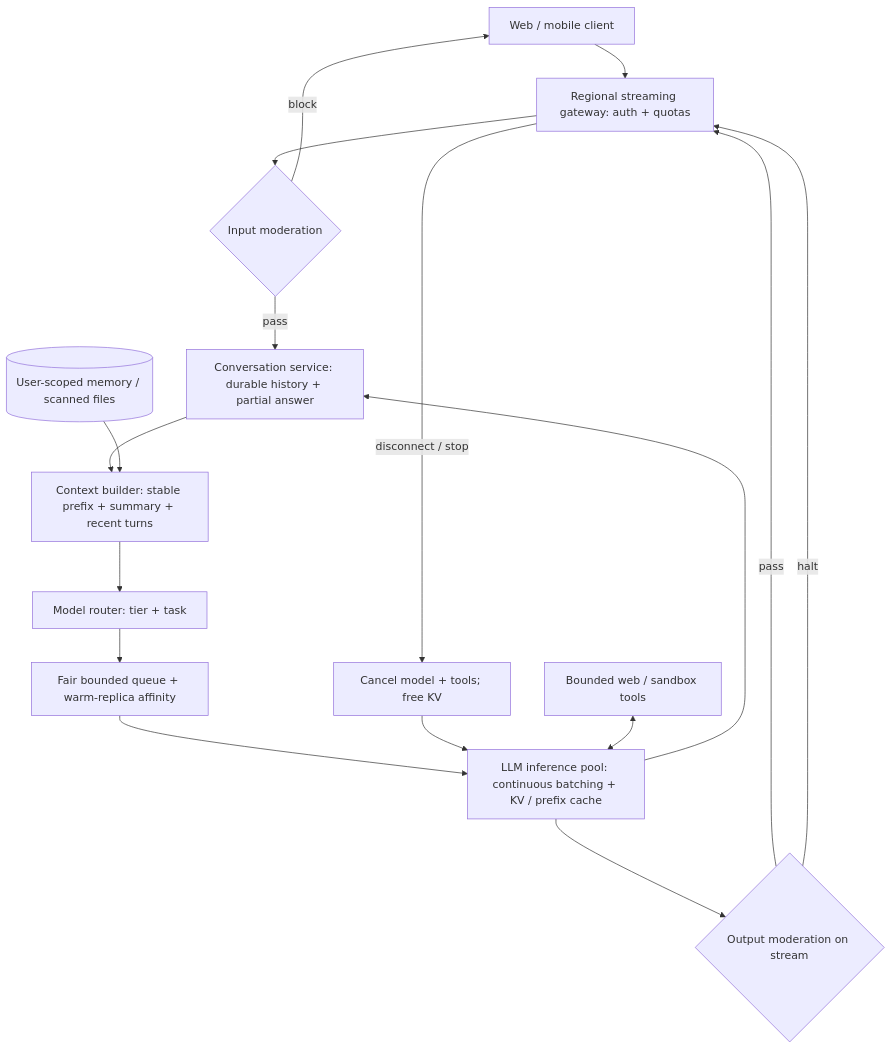
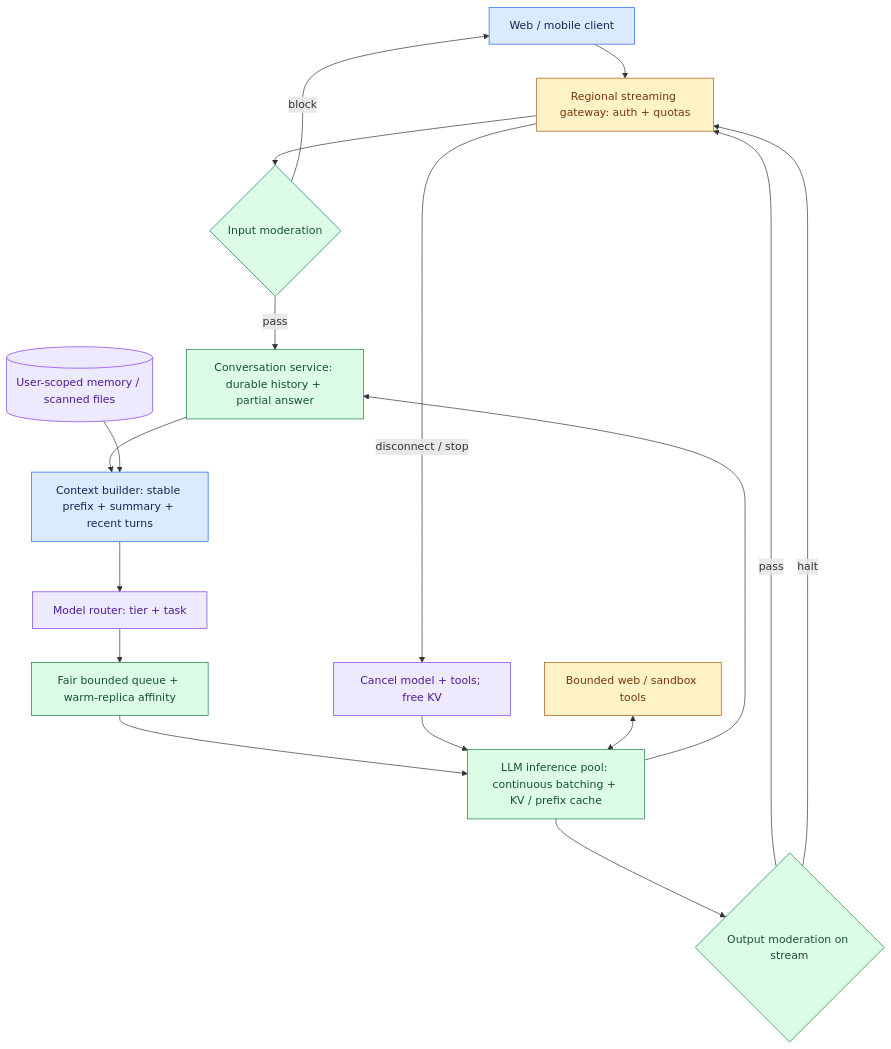
The diagram in site/content/modules/15-fde-case-studies/platforms-and-scale/consumer-scale-chat-service/main.md (Sourav692/Forward-Deployed-Engineer-Interview-Prep), drawn with Mermaid before and after one commit. The commit also changed other lines of this file and 1268 other files, not shown here.

First line of the commit message:
content: polish Casebook writing and Mermaid diagrams (#251)

````diff
--- a/site/content/modules/15-fde-case-studies/platforms-and-scale/consumer-scale-chat-service/main.md
+++ b/site/content/modules/15-fde-case-studies/platforms-and-scale/consumer-scale-chat-service/main.md
@@ -73,19 +73,29 @@
 ```mermaid
 flowchart TB
   C[Web / mobile client] --> G[Regional streaming gateway: auth + quotas]
   G --> I{Input moderation}
   I -->|block| C
   I -->|pass| S[Conversation service: durable history + partial answer]
   S --> B[Context builder: stable prefix + summary + recent turns]
   M[(User-scoped memory / scanned files)] --> B
   B --> R[Model router: tier + task]
   R --> Q[Fair bounded queue + warm-replica affinity]
   Q --> L[LLM inference pool: continuous batching + KV / prefix cache]
   L --> O{Output moderation on stream}
   O -->|pass| G
   O -->|halt| G
   L --> S
   G -->|disconnect / stop| X[Cancel model + tools; free KV]
   X --> L
   T[Bounded web / sandbox tools] <--> L
+
+    %% Casebook colours: entry, reasoning, results, controls, and stopped paths.
+    classDef cbInput fill:#dbeafe,stroke:#2563eb,color:#172554
+    class C,B cbInput
+    classDef cbPolicy fill:#fef3c7,stroke:#b45309,color:#78350f
+    class G,T cbPolicy
+    classDef cbAction fill:#dcfce7,stroke:#15803d,color:#14532d
+    class I,S,Q,L,O cbAction
+    classDef cbReason fill:#ede9fe,stroke:#7c3aed,color:#4c1d95
+    class M,R,X cbReason
 ```
````
